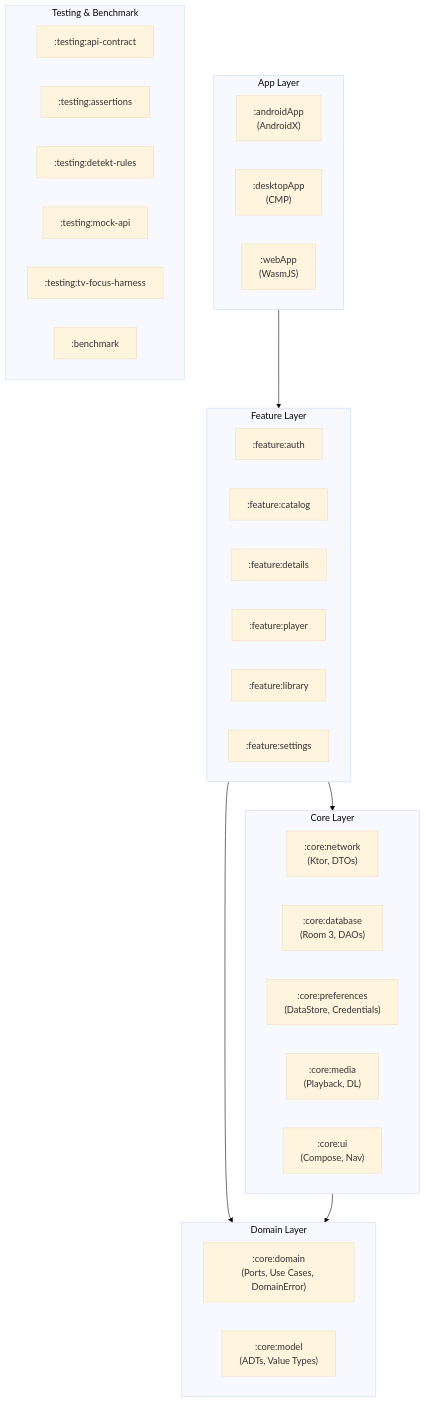
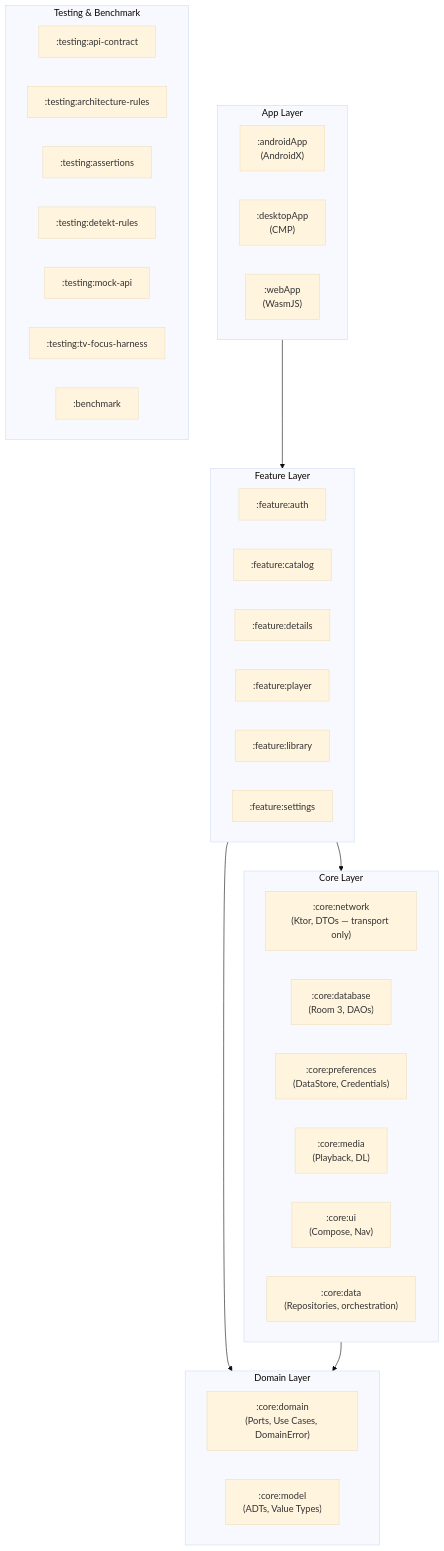
One commit to knirski/subsloth changed the diagram in README.md. Above: the diagram before and after it, drawn with Mermaid (base theme). The commit also changed other lines of this file and 7 other files, not shown here.

````diff
--- a/README.md
+++ b/README.md
@@ -97,45 +98,47 @@
 ```mermaid
 flowchart TB
     subgraph Apps["App Layer"]
         direction LR
         A1[":androidApp<br/>(AndroidX)"]
         A2[":desktopApp<br/>(CMP)"]
         A3[":webApp<br/>(WasmJS)"]
     end
     subgraph Feat["Feature Layer"]
         direction LR
         F1[":feature:auth"]
         F2[":feature:catalog"]
         F3[":feature:details"]
         F4[":feature:player"]
         F5[":feature:library"]
         F6[":feature:settings"]
     end
     subgraph Core["Core Layer"]
         direction LR
-        C1[":core:network<br/>(Ktor, DTOs)"]
+        C1[":core:network<br/>(Ktor, DTOs — transport only)"]
         C2[":core:database<br/>(Room 3, DAOs)"]
         C3[":core:preferences<br/>(DataStore, Credentials)"]
         C4[":core:media<br/>(Playback, DL)"]
         C5[":core:ui<br/>(Compose, Nav)"]
+        C6[":core:data<br/>(Repositories, orchestration)"]
     end
     subgraph Domain["Domain Layer"]
         direction LR
         D1[":core:domain<br/>(Ports, Use Cases, DomainError)"]
         D2[":core:model<br/>(ADTs, Value Types)"]
     end
     subgraph Test["Testing & Benchmark"]
         direction LR
         T1[":testing:api-contract"]
-        T2[":testing:assertions"]
-        T3[":testing:detekt-rules"]
-        T4[":testing:mock-api"]
-        T5[":testing:tv-focus-harness"]
+        T2[":testing:architecture-rules"]
+        T3[":testing:assertions"]
+        T4[":testing:detekt-rules"]
+        T5[":testing:mock-api"]
+        T6[":testing:tv-focus-harness"]
         BM[":benchmark"]
     end
 
     Apps --> Feat
     Feat --> Core
     Feat --> Domain
     Core --> Domain
 ```
````
